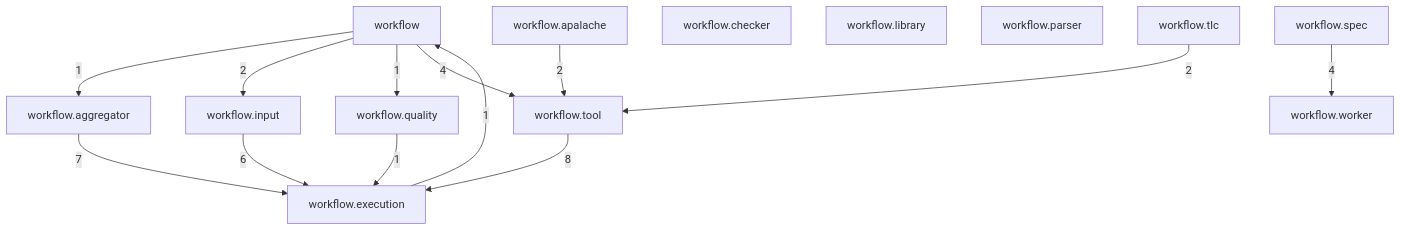
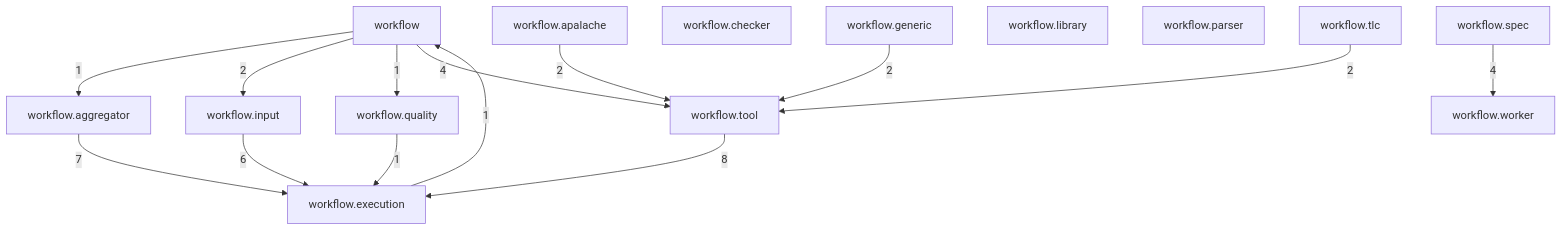
One commit to tlaplus/model-checker-hardening changed the first of 15 diagrams in dev/modules/workflow.md. Above: the diagram before and after it, drawn with Mermaid. The commit also changed other lines of this file and 422 other files, not shown here.

````diff
--- a/dev/modules/workflow.md
+++ b/dev/modules/workflow.md
@@ -14,28 +14,30 @@
 ```mermaid
 flowchart TB
   workflow["workflow"]
   workflow_aggregator["workflow.aggregator"]
   workflow_apalache["workflow.apalache"]
   workflow_checker["workflow.checker"]
   workflow_execution["workflow.execution"]
+  workflow_generic["workflow.generic"]
   workflow_input["workflow.input"]
   workflow_library["workflow.library"]
   workflow_parser["workflow.parser"]
   workflow_quality["workflow.quality"]
   workflow_spec["workflow.spec"]
   workflow_tlc["workflow.tlc"]
   workflow_tool["workflow.tool"]
   workflow_worker["workflow.worker"]
   workflow -->|1| workflow_aggregator
   workflow -->|2| workflow_input
   workflow -->|1| workflow_quality
   workflow -->|4| workflow_tool
   workflow_aggregator -->|7| workflow_execution
   workflow_apalache -->|2| workflow_tool
   workflow_execution -->|1| workflow
+  workflow_generic -->|2| workflow_tool
   workflow_input -->|6| workflow_execution
   workflow_quality -->|1| workflow_execution
   workflow_spec -->|4| workflow_worker
   workflow_tlc -->|2| workflow_tool
   workflow_tool -->|8| workflow_execution
 ```
````
